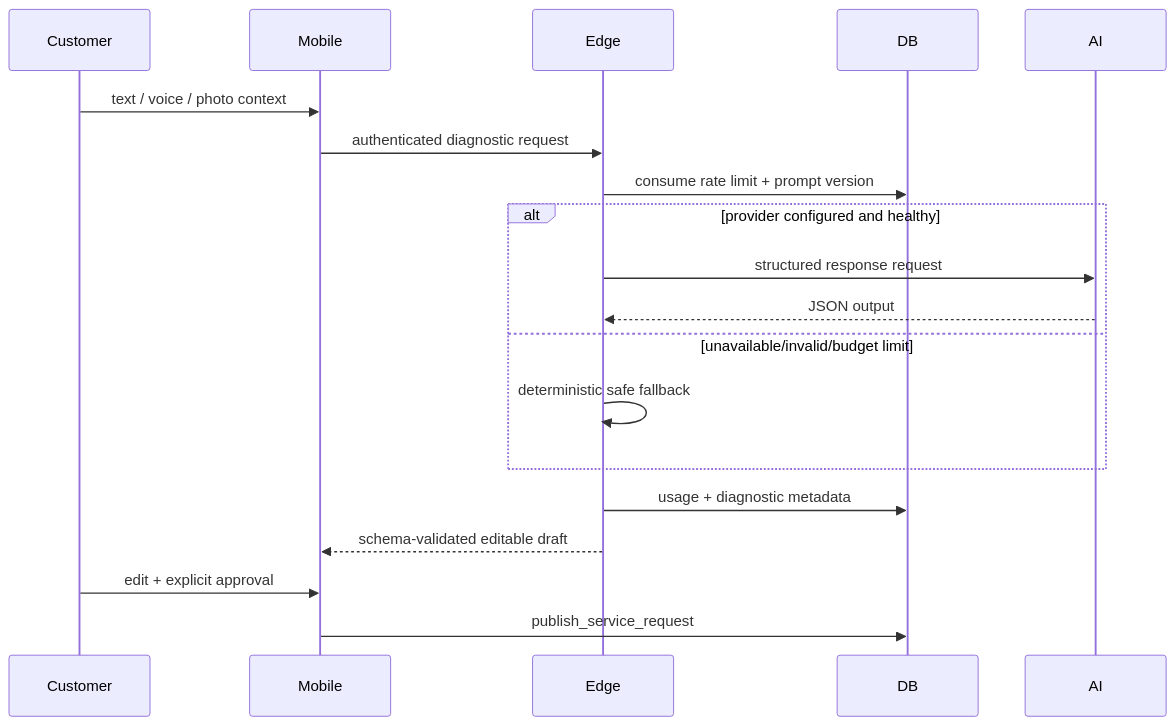
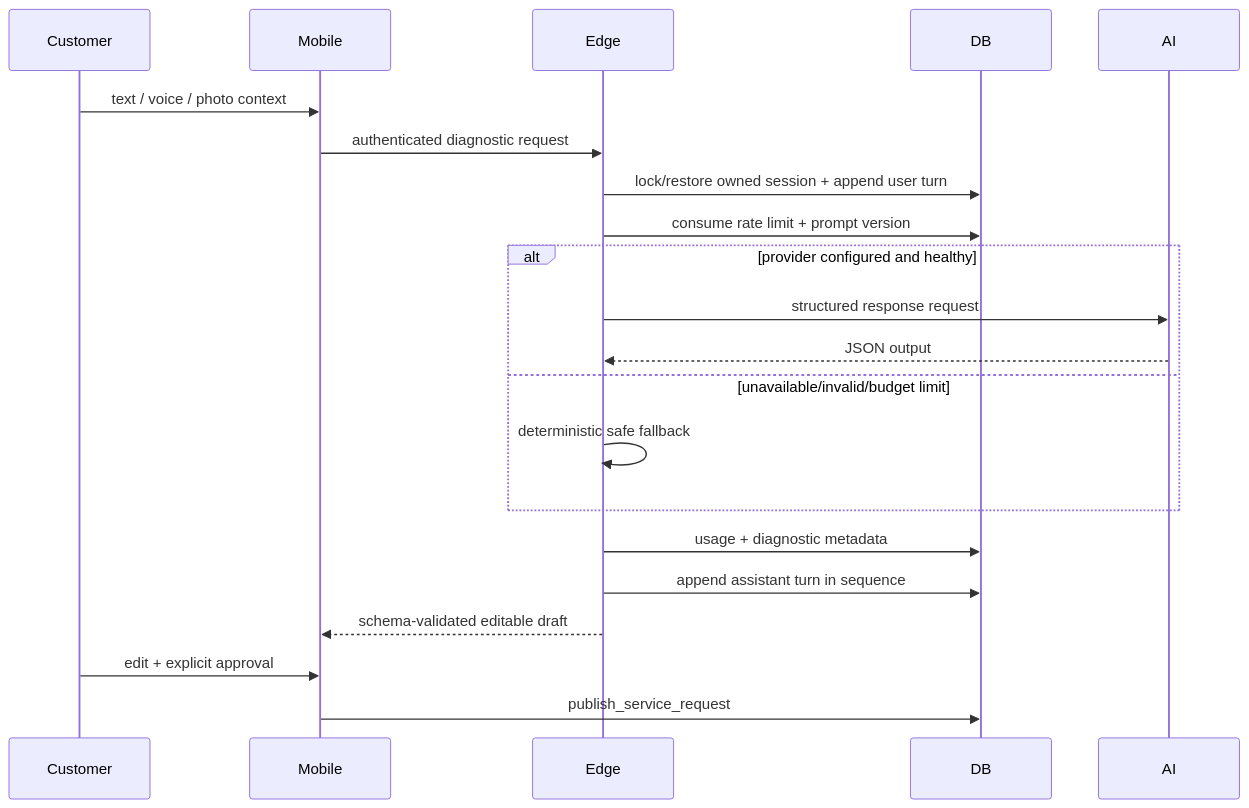
Before and after one commit to mohmammed0/Mohammed-Sallah-app: the diagram in docs/architecture/AI_ARCHITECTURE.md, drawn with Mermaid. The commit also changed other lines of this file and 11 other files, not shown here.

````diff
--- a/docs/architecture/AI_ARCHITECTURE.md
+++ b/docs/architecture/AI_ARCHITECTURE.md
@@ -5,16 +5,18 @@
 ```mermaid
 sequenceDiagram
   Customer->>Mobile: text / voice / photo context
   Mobile->>Edge: authenticated diagnostic request
+  Edge->>DB: lock/restore owned session + append user turn
   Edge->>DB: consume rate limit + prompt version
   alt provider configured and healthy
     Edge->>AI: structured response request
     AI-->>Edge: JSON output
   else unavailable/invalid/budget limit
     Edge->>Edge: deterministic safe fallback
   end
   Edge->>DB: usage + diagnostic metadata
+  Edge->>DB: append assistant turn in sequence
   Edge-->>Mobile: schema-validated editable draft
   Customer->>Mobile: edit + explicit approval
   Mobile->>DB: publish_service_request
 ```
````
